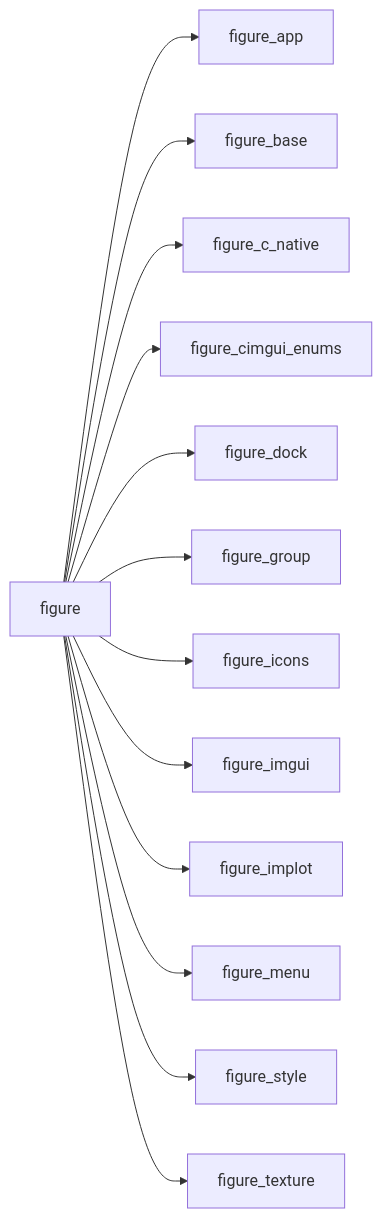
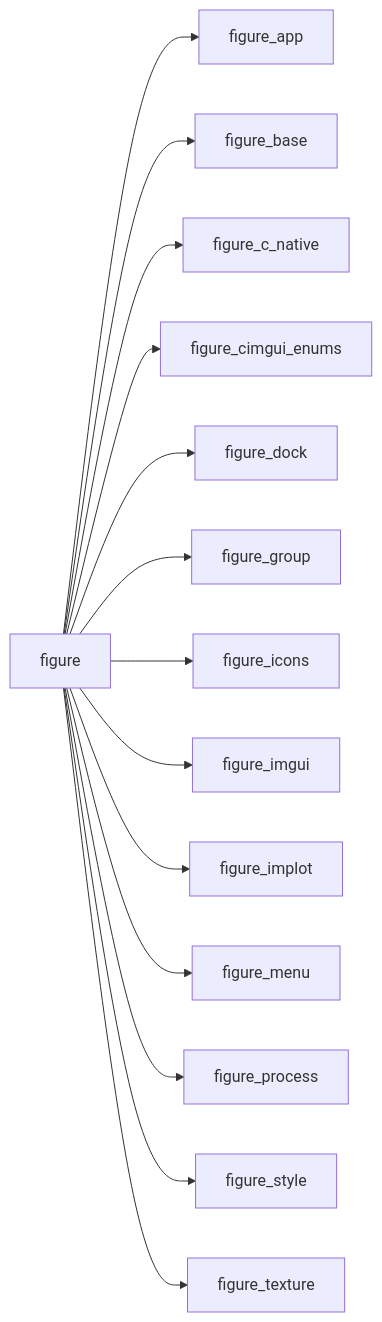
Before and after one commit to szaghi/figure: the diagram in docs/api/src/lib/figure.md, drawn with Mermaid. The commit also changed other lines of this file and 5 other files, not shown here.

````diff
--- a/docs/api/src/lib/figure.md
+++ b/docs/api/src/lib/figure.md
@@ -20,15 +21,16 @@
 ```mermaid
 graph LR
   figure["figure"] --> figure_app["figure_app"]
   figure["figure"] --> figure_base["figure_base"]
   figure["figure"] --> figure_c_native["figure_c_native"]
   figure["figure"] --> figure_cimgui_enums["figure_cimgui_enums"]
   figure["figure"] --> figure_dock["figure_dock"]
   figure["figure"] --> figure_group["figure_group"]
   figure["figure"] --> figure_icons["figure_icons"]
   figure["figure"] --> figure_imgui["figure_imgui"]
   figure["figure"] --> figure_implot["figure_implot"]
   figure["figure"] --> figure_menu["figure_menu"]
+  figure["figure"] --> figure_process["figure_process"]
   figure["figure"] --> figure_style["figure_style"]
   figure["figure"] --> figure_texture["figure_texture"]
 ```
````
